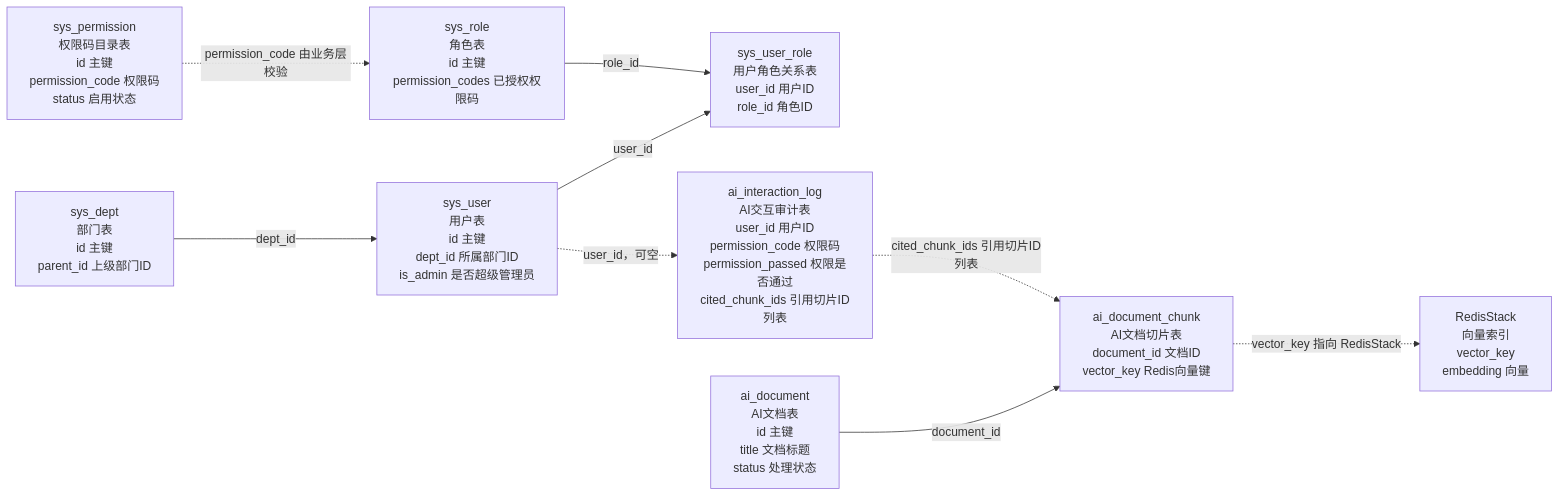
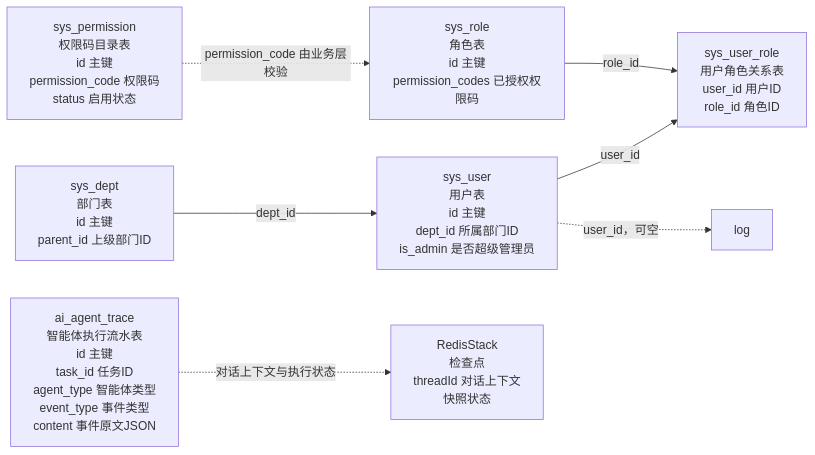
Before and after one commit to LI-S-H/qiheng-erp: the fifth of 11 diagrams in docs/database/mvp-database-design-overview.md, drawn with Mermaid. The commit also changed other lines of this file and 163 other files, not shown here.

````diff
--- a/docs/database/mvp-database-design-overview.md
+++ b/docs/database/mvp-database-design-overview.md
@@ -693,21 +689,17 @@
 ```mermaid
 flowchart LR
     dept["sys_dept<br/>部门表<br/>id 主键<br/>parent_id 上级部门ID"]
     user["sys_user<br/>用户表<br/>id 主键<br/>dept_id 所属部门ID<br/>is_admin 是否超级管理员"]
     role["sys_role<br/>角色表<br/>id 主键<br/>permission_codes 已授权权限码"]
     permission["sys_permission<br/>权限码目录表<br/>id 主键<br/>permission_code 权限码<br/>status 启用状态"]
     userRole["sys_user_role<br/>用户角色关系表<br/>user_id 用户ID<br/>role_id 角色ID"]
-    doc["ai_document<br/>AI文档表<br/>id 主键<br/>title 文档标题<br/>status 处理状态"]
-    chunk["ai_document_chunk<br/>AI文档切片表<br/>document_id 文档ID<br/>vector_key Redis向量键"]
-    log["ai_interaction_log<br/>AI交互审计表<br/>user_id 用户ID<br/>permission_code 权限码<br/>permission_passed 权限是否通过<br/>cited_chunk_ids 引用切片ID列表"]
-    redis["RedisStack<br/>向量索引<br/>vector_key<br/>embedding 向量"]
+    trace["ai_agent_trace<br/>智能体执行流水表<br/>id 主键<br/>task_id 任务ID<br/>agent_type 智能体类型<br/>event_type 事件类型<br/>content 事件原文JSON"]
+    redis["RedisStack<br/>检查点<br/>threadId 对话上下文<br/>快照状态"]
 
     dept -->|"dept_id"| user
     user -->|"user_id"| userRole
     role -->|"role_id"| userRole
     permission -.->|"permission_code 由业务层校验"| role
-    doc -->|"document_id"| chunk
-    chunk -.->|"vector_key 指向 RedisStack"| redis
-    log -.->|"cited_chunk_ids 引用切片ID列表"| chunk
+    trace -.->|"对话上下文与执行状态"| redis
     user -.->|"user_id，可空"| log
 ```
````
